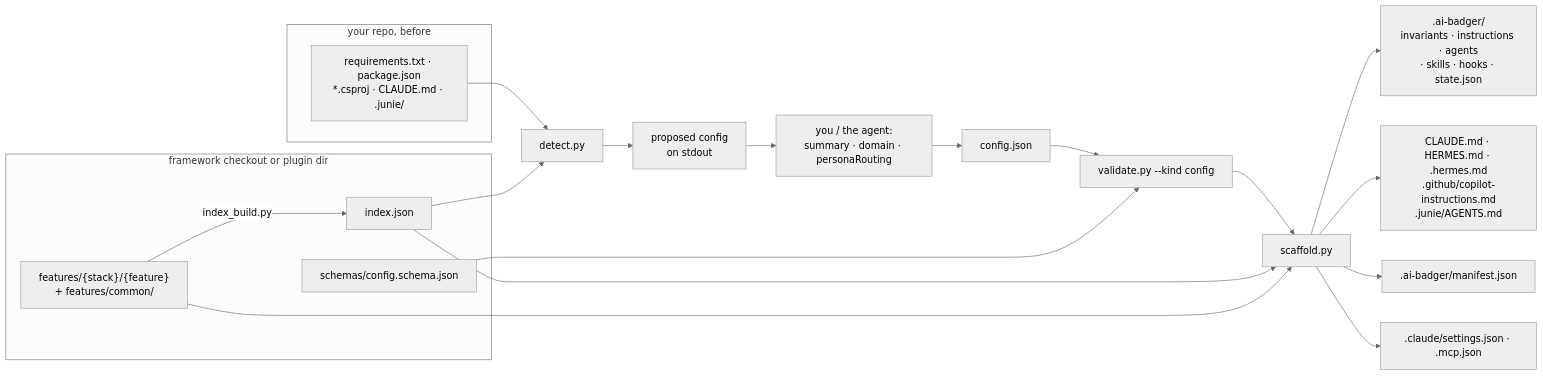
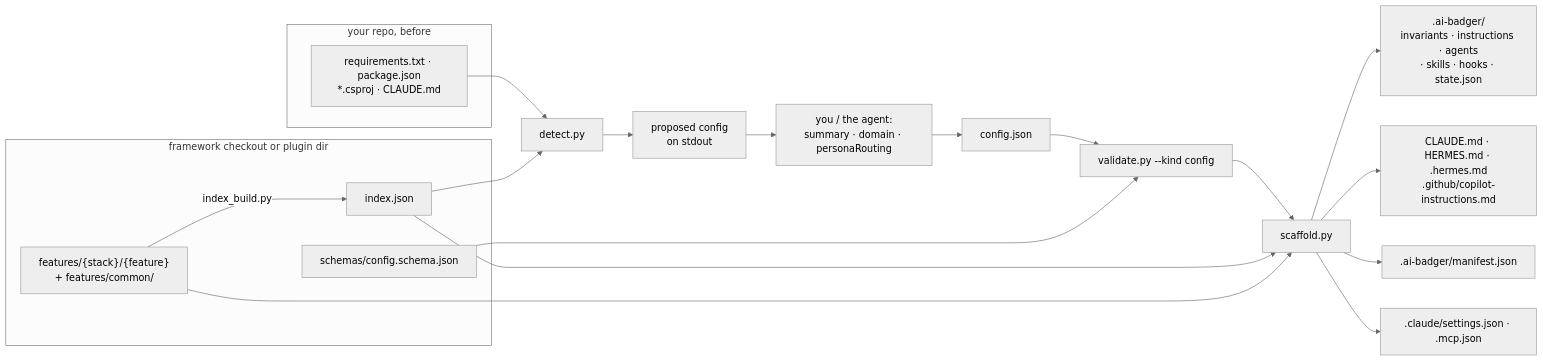
One commit to Arasz/ai-badger changed the second of 3 diagrams in docs/getting-started.md. Above: the diagram before and after it, drawn with Mermaid (neutral theme). The commit also changed other lines of this file and 58 other files, not shown here.

First line of the commit message:
feat(agents): remove junie support — three-agent scope (claude, copilot, hermes) (#317)

````diff
--- a/docs/getting-started.md
+++ b/docs/getting-started.md
@@ -406,26 +406,26 @@
 ```mermaid
 flowchart LR
   subgraph FW["framework checkout or plugin dir"]
     CAT["features/{stack}/{feature}<br/>+ features/common/"]
     IDX["index.json"]
     SCH["schemas/config.schema.json"]
     CAT -->|"index_build.py"| IDX
   end
   subgraph REPO["your repo, before"]
-    SRC["requirements.txt · package.json<br/>*.csproj · CLAUDE.md · .junie/"]
+    SRC["requirements.txt · package.json<br/>*.csproj · CLAUDE.md"]
   end
   SRC --> DET["detect.py"]
   IDX --> DET
   DET --> PROP["proposed config<br/>on stdout"]
   PROP --> YOU["you / the agent:<br/>summary · domain · personaRouting"]
   YOU --> CFG["config.json"]
   CFG --> VAL["validate.py --kind config"]
   SCH --> VAL
   VAL --> SCAF["scaffold.py"]
   IDX --> SCAF
   CAT --> SCAF
   SCAF --> OUT[".ai-badger/<br/>invariants · instructions · agents<br/>· skills · hooks · state.json"]
-  SCAF --> COPY["CLAUDE.md · HERMES.md · .hermes.md<br/>.github/copilot-instructions.md<br/>.junie/AGENTS.md"]
+  SCAF --> COPY["CLAUDE.md · HERMES.md · .hermes.md<br/>.github/copilot-instructions.md"]
   SCAF --> MAN[".ai-badger/manifest.json"]
   SCAF --> WIRE[".claude/settings.json · .mcp.json"]
 ```
````
